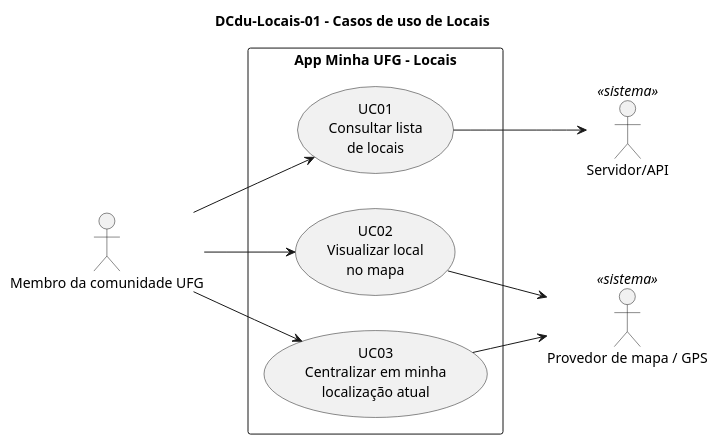
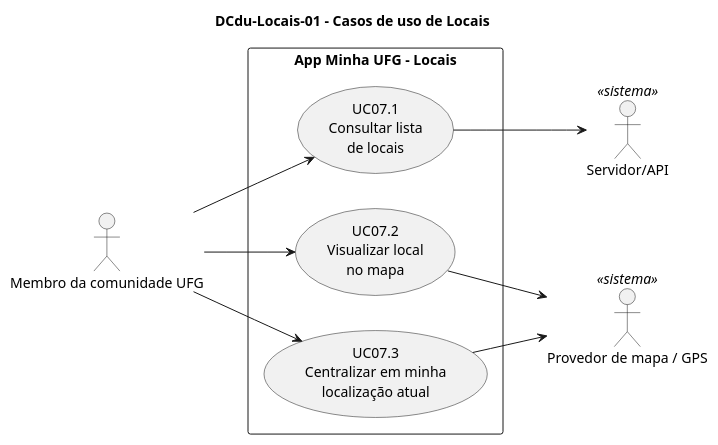
One commit to joseduardogon/Minha_UFG_Grupo_Cinza changed the diagram in Locais/DCdu-Locais-01.puml. Above: the diagram before and after it, drawn with PlantUML. The commit also changed 30 other files, not shown here.

```diff
--- a/Locais/DCdu-Locais-01.puml
+++ b/Locais/DCdu-Locais-01.puml
@@ -1,23 +1,23 @@
 @startuml DCdu-Locais-01
 title DCdu-Locais-01 – Casos de uso de Locais
 left to right direction
 skinparam packageStyle rectangle
 
 actor "Membro da comunidade UFG" as Membro
 actor "Servidor/API" as API <<sistema>>
 actor "Provedor de mapa / GPS" as Mapa <<sistema>>
 
 rectangle "App Minha UFG – Locais" {
-  usecase "UC01\nConsultar lista\nde locais" as UC01
-  usecase "UC02\nVisualizar local\nno mapa" as UC02
-  usecase "UC03\nCentralizar em minha\nlocalização atual" as UC03
+  usecase "UC07.1\nConsultar lista\nde locais" as UC071
+  usecase "UC07.2\nVisualizar local\nno mapa" as UC072
+  usecase "UC07.3\nCentralizar em minha\nlocalização atual" as UC073
 }
 
-Membro --> UC01
-Membro --> UC02
-Membro --> UC03
+Membro --> UC071
+Membro --> UC072
+Membro --> UC073
 
-UC01 --> API
-UC02 --> Mapa
-UC03 --> Mapa
+UC071 --> API
+UC072 --> Mapa
+UC073 --> Mapa
 @enduml
```
